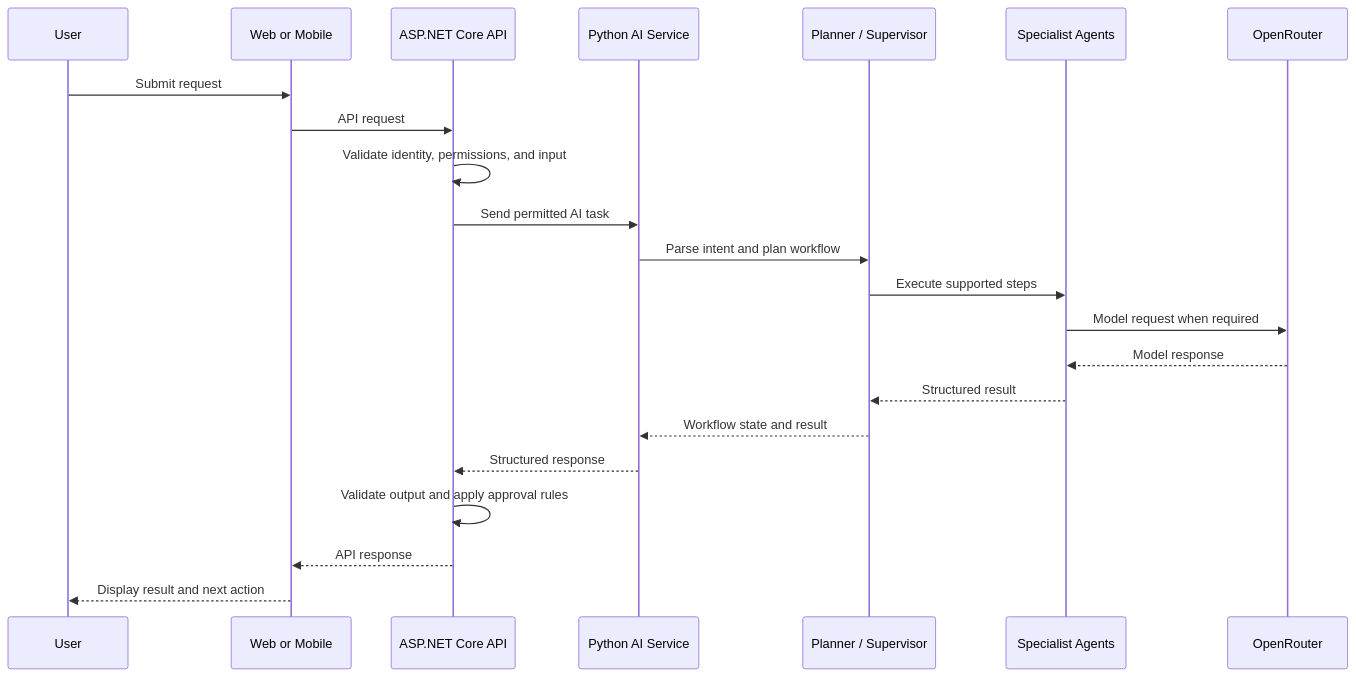
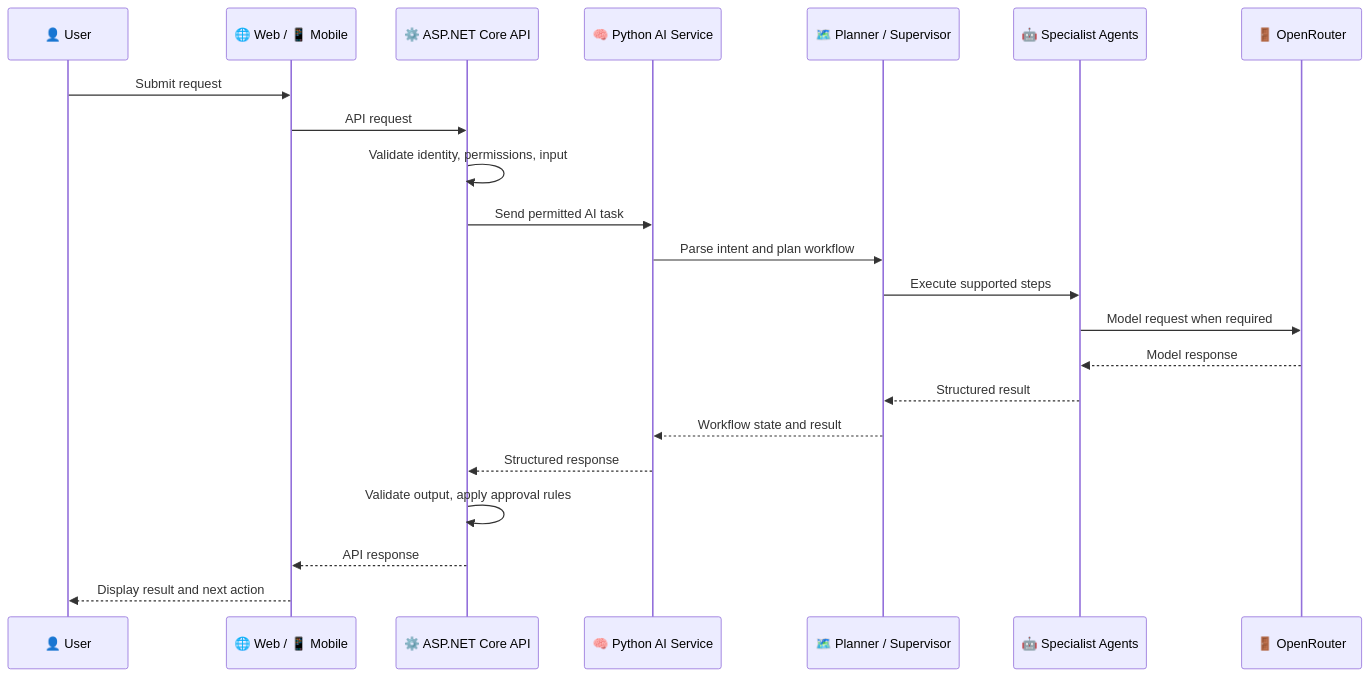
Before and after one commit to ResQAI-Dev/ReliefNexus: the fourth of 6 diagrams in README.md, drawn with Mermaid. The commit also changed other lines of this file, not shown here.

````diff
--- a/README.md
+++ b/README.md
@@ -181,25 +358,25 @@
 ```mermaid
 sequenceDiagram
-    participant U as User
-    participant C as Web or Mobile
-    participant B as ASP.NET Core API
-    participant S as Python AI Service
-    participant P as Planner / Supervisor
-    participant A as Specialist Agents
-    participant M as OpenRouter
+    participant U as 👤 User
+    participant C as 🌐 Web / 📱 Mobile
+    participant B as ⚙️ ASP.NET Core API
+    participant S as 🧠 Python AI Service
+    participant P as 🗺️ Planner / Supervisor
+    participant A as 🤖 Specialist Agents
+    participant M as 🚪 OpenRouter
 
     U->>C: Submit request
     C->>B: API request
-    B->>B: Validate identity, permissions, and input
+    B->>B: Validate identity, permissions, input
     B->>S: Send permitted AI task
     S->>P: Parse intent and plan workflow
     P->>A: Execute supported steps
     A->>M: Model request when required
     M-->>A: Model response
     A-->>P: Structured result
     P-->>S: Workflow state and result
     S-->>B: Structured response
-    B->>B: Validate output and apply approval rules
+    B->>B: Validate output, apply approval rules
     B-->>C: API response
     C-->>U: Display result and next action
 ```
````
